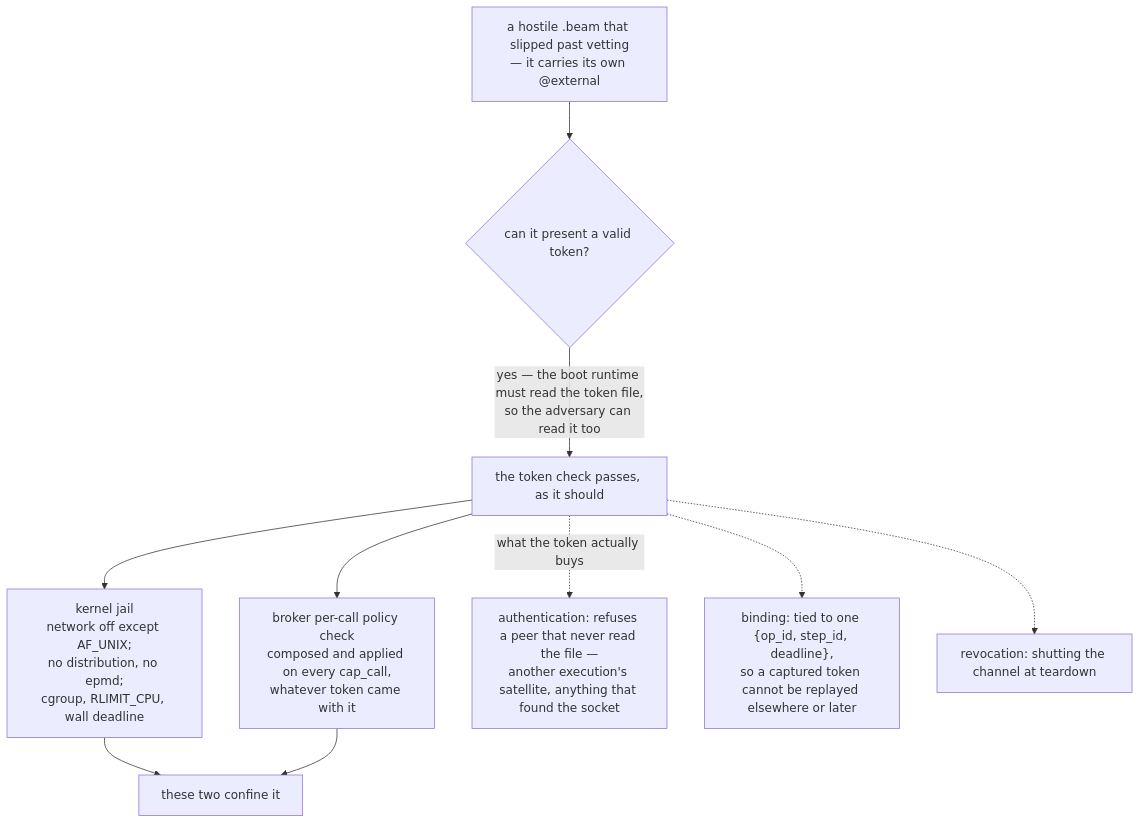
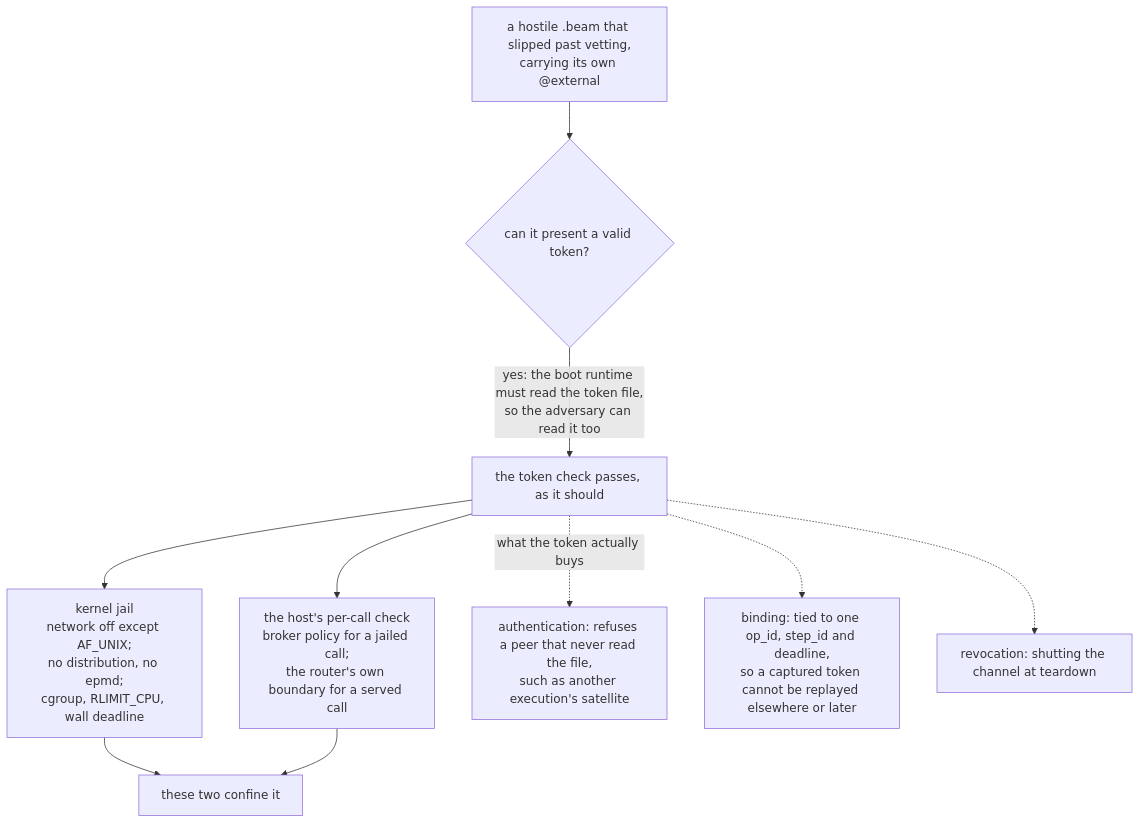
One commit to Roasbeef/loom changed the third of 5 diagrams in packages/cap/README.md. Above: the diagram before and after it, drawn with Mermaid. The commit also changed other lines of this file, not shown here.

First line of the commit message:
cap: document which router answers each capability

````diff
--- a/packages/cap/README.md
+++ b/packages/cap/README.md
@@ -103,17 +160,17 @@
 ```mermaid
 flowchart TD
-  ADV["a hostile .beam that slipped past vetting<br/>— it carries its own @external"]
+  ADV["a hostile .beam that slipped past vetting,<br/>carrying its own @external"]
 
   ADV --> T{"can it present a valid token?"}
-  T -->|"yes — the boot runtime must read the token file,<br/>so the adversary can read it too"| TOK["the token check passes, as it should"]
+  T -->|"yes: the boot runtime must read the token file,<br/>so the adversary can read it too"| TOK["the token check passes, as it should"]
 
   TOK --> J["kernel jail<br/>network off except AF_UNIX;<br/>no distribution, no epmd;<br/>cgroup, RLIMIT_CPU, wall deadline"]
-  TOK --> BR["broker per-call policy check<br/>composed and applied on every cap_call,<br/>whatever token came with it"]
+  TOK --> BR["the host's per-call check<br/>broker policy for a jailed call;<br/>the router's own boundary for a served call"]
 
   J --> CONF["these two confine it"]
   BR --> CONF
 
-  TOK -.->|"what the token actually buys"| AUTH["authentication: refuses a peer that never read the file —<br/>another execution's satellite, anything that found the socket"]
-  TOK -.-> BIND["binding: tied to one {op_id, step_id, deadline},<br/>so a captured token cannot be replayed elsewhere or later"]
+  TOK -.->|"what the token actually buys"| AUTH["authentication: refuses a peer that never read the file,<br/>such as another execution's satellite"]
+  TOK -.-> BIND["binding: tied to one op_id, step_id and deadline,<br/>so a captured token cannot be replayed elsewhere or later"]
   TOK -.-> REV["revocation: shutting the channel at teardown"]
 ```
````
